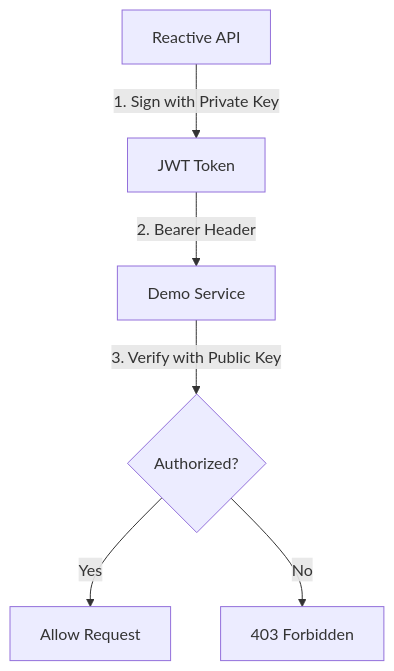
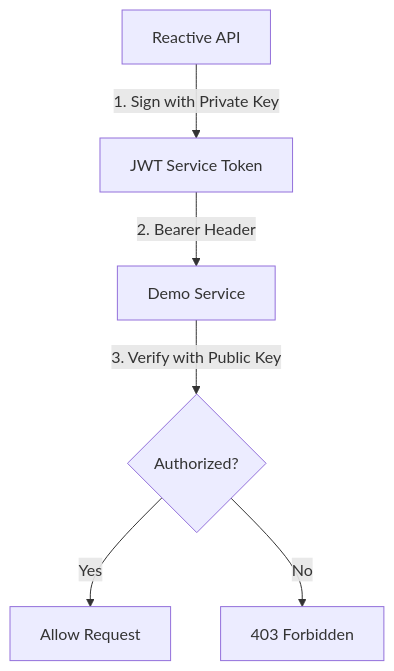
The second of 2 diagrams in Documentation/Systems/Authentication.md (ZiadAtari/Reactive_RestAPI), drawn with Mermaid before and after one commit. The commit also changed other lines of this file and 22 other files, not shown here.

````diff
--- a/Documentation/Systems/Authentication.md
+++ b/Documentation/Systems/Authentication.md
@@ -34,8 +61,8 @@
 ```mermaid
 graph TD
-    A[Reactive API] -->|1. Sign with Private Key| B[JWT Token]
+    A[Reactive API] -->|1. Sign with Private Key| B[JWT Service Token]
     B -->|2. Bearer Header| C[Demo Service]
     C -->|3. Verify with Public Key| D{Authorized?}
     D -->|Yes| E[Allow Request]
     D -->|No| F[403 Forbidden]
 ```
````
